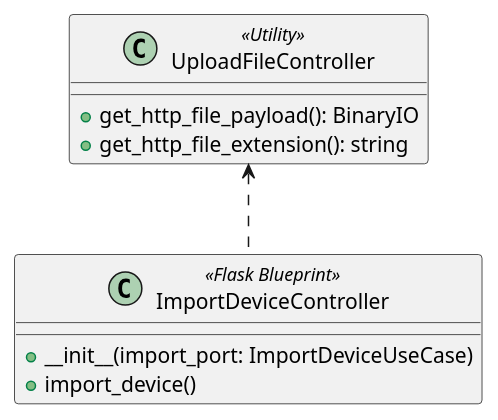
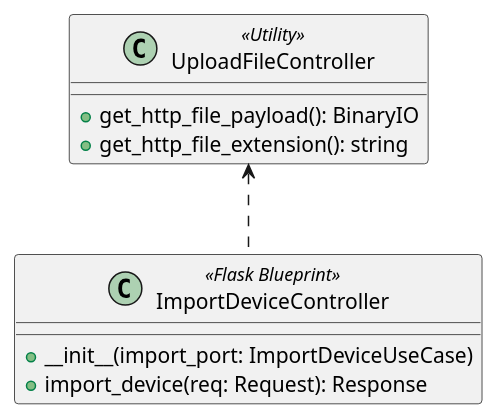
Before and after one commit to GroupRubberDuck/Documentazione: the diagram in src/PB/DocumentazioneEsterna/Specifica_Tecnica/content/uml/puml/Diagrammi_classi/Backend/InboundAdapters/ImportDeviceController.puml, drawn with PlantUML. The commit also changed 1 other file, not shown here.

Commit message:
Feat: Import Device

```diff
--- a/src/PB/DocumentazioneEsterna/Specifica_Tecnica/content/uml/puml/Diagrammi_classi/Backend/InboundAdapters/ImportDeviceController.puml
+++ b/src/PB/DocumentazioneEsterna/Specifica_Tecnica/content/uml/puml/Diagrammi_classi/Backend/InboundAdapters/ImportDeviceController.puml
@@ -1,15 +1,15 @@
 @startuml ImportDeviceController
 
 class ImportDeviceController <<Flask Blueprint>> {
     + __init__(import_port: ImportDeviceUseCase)
-    + import_device()
+    + import_device(req: Request): Response
 }
 
 class UploadFileController <<Utility>> {
     + get_http_file_payload(): BinaryIO
     + get_http_file_extension(): string
 }
 
 ImportDeviceController .up.> UploadFileController
 
 @enduml
```
